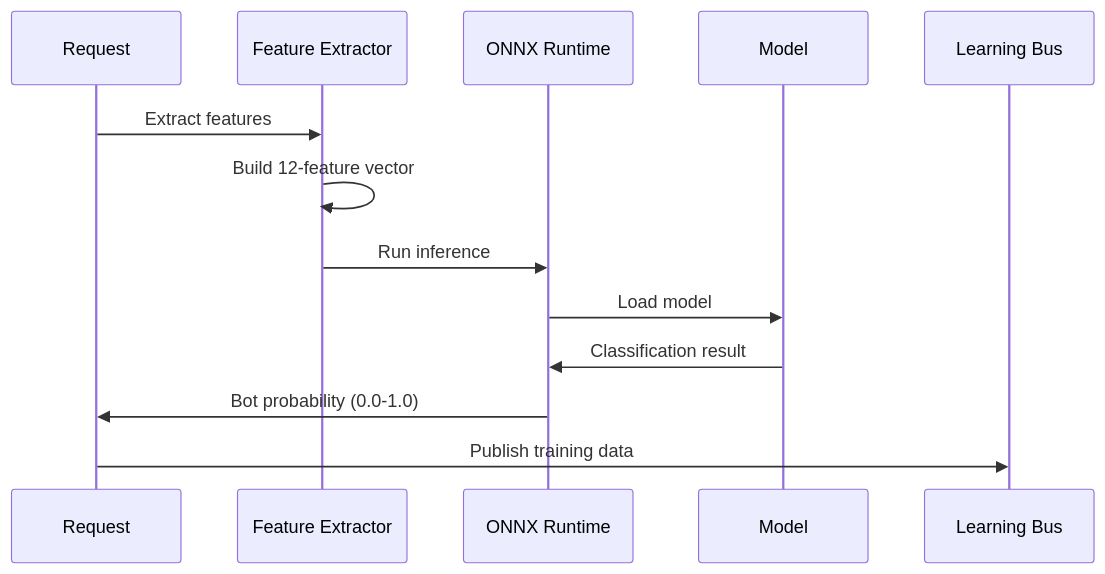
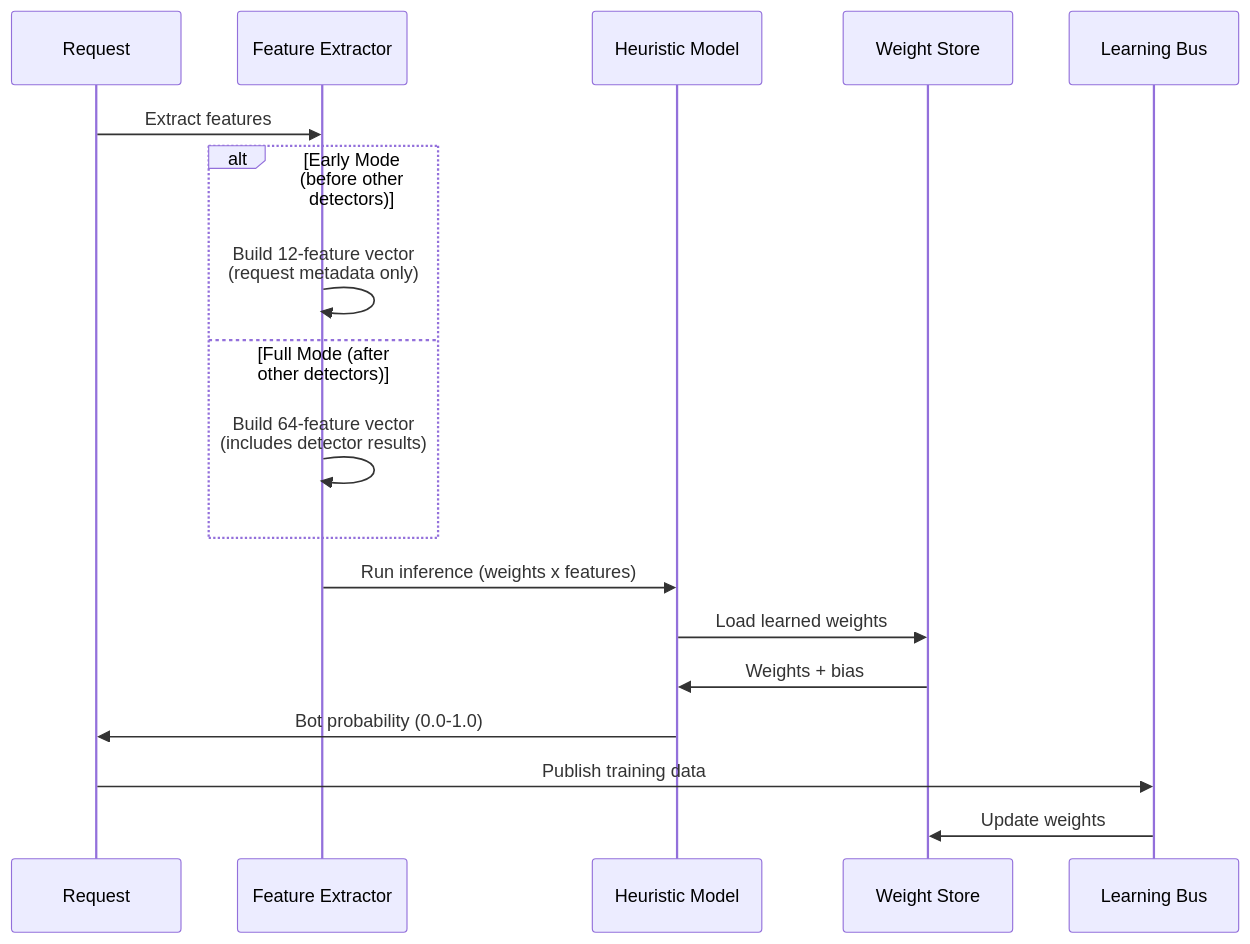
One commit to scottgal/mostlylucid.nugetpackages changed the second of 6 diagrams in Mostlylucid.BotDetection/docs/ai-detection.md. Above: the diagram before and after it, drawn with Mermaid. The commit also changed other lines of this file and 59 other files, not shown here.

Commit message:
Add `HeuristicLateContributor` as a final-stage detector consuming all evidence, including AI results, to refine bot classification. Introduce external service contributors spec and dynamic feature extraction for ML-based heuristics. Update integration and unit tests to reflect changes.

````diff
--- a/Mostlylucid.BotDetection/docs/ai-detection.md
+++ b/Mostlylucid.BotDetection/docs/ai-detection.md
@@ -86,16 +87,21 @@
 ```mermaid
 sequenceDiagram
     participant R as Request
     participant E as Feature Extractor
-    participant O as ONNX Runtime
-    participant M as Model
+    participant H as Heuristic Model
+    participant W as Weight Store
     participant L as Learning Bus
 
     R->>E: Extract features
-    E->>E: Build 12-feature vector
-    E->>O: Run inference
-    O->>M: Load model
-    M->>O: Classification result
-    O->>R: Bot probability (0.0-1.0)
+    alt Early Mode (before other detectors)
+        E->>E: Build 12-feature vector<br/>(request metadata only)
+    else Full Mode (after other detectors)
+        E->>E: Build 64-feature vector<br/>(includes detector results)
+    end
+    E->>H: Run inference (weights x features)
+    H->>W: Load learned weights
+    W->>H: Weights + bias
+    H->>R: Bot probability (0.0-1.0)
     R->>L: Publish training data
+    L->>W: Update weights
 ```
````
